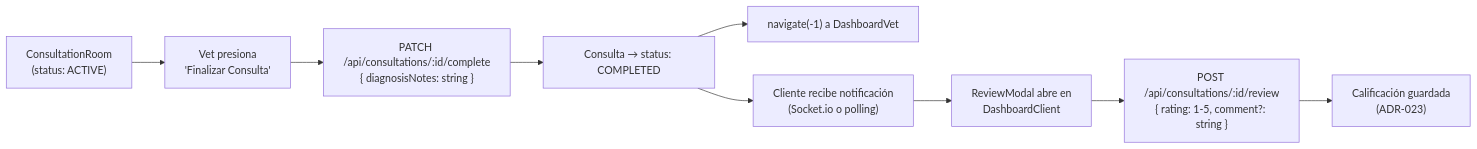
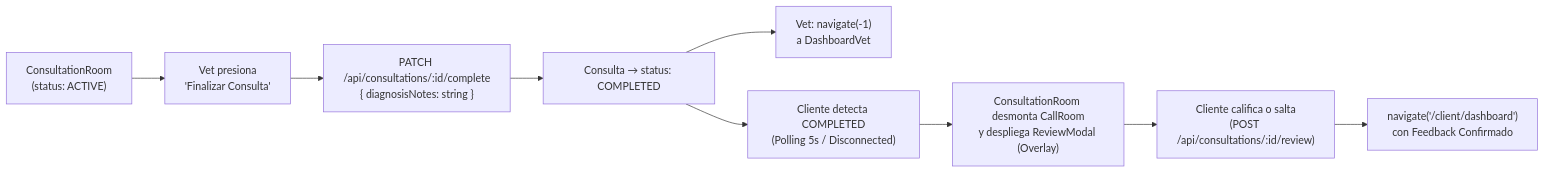
The third of 3 diagrams in docs/web/08_DESARROLLO_INTEGRACIONES_Y_ROADMAP.md (grupo-pinnacle/VetConnect), drawn with Mermaid before and after one commit. The commit also changed other lines of this file and 7 other files, not shown here.

````diff
--- a/docs/web/08_DESARROLLO_INTEGRACIONES_Y_ROADMAP.md
+++ b/docs/web/08_DESARROLLO_INTEGRACIONES_Y_ROADMAP.md
@@ -127,11 +128,11 @@
 ```mermaid
 flowchart LR
     A["ConsultationRoom\n(status: ACTIVE)"] --> B["Vet presiona\n'Finalizar Consulta'"]
     B --> C["PATCH /api/consultations/:id/complete\n{ diagnosisNotes: string }"]
     C --> D["Consulta → status: COMPLETED"]
-    D --> E["navigate(-1) a DashboardVet"]
-    D --> F["Cliente recibe notificación\n(Socket.io o polling)"]
-    F --> G["ReviewModal abre en\nDashboardClient"]
-    G --> H["POST /api/consultations/:id/review\n{ rating: 1-5, comment?: string }"]
-    H --> I["Calificación guardada\n(ADR-023)"]
+    D --> E["Vet: navigate(-1)\na DashboardVet"]
+    D --> F["Cliente detecta COMPLETED\n(Polling 5s / Disconnected)"]
+    F --> G["ConsultationRoom desmonta CallRoom\ny despliega ReviewModal (Overlay)"]
+    G --> H["Cliente califica o salta\n(POST /api/consultations/:id/review)"]
+    H --> I["navigate('/client/dashboard')\ncon Feedback Confirmado"]
 ```
````
